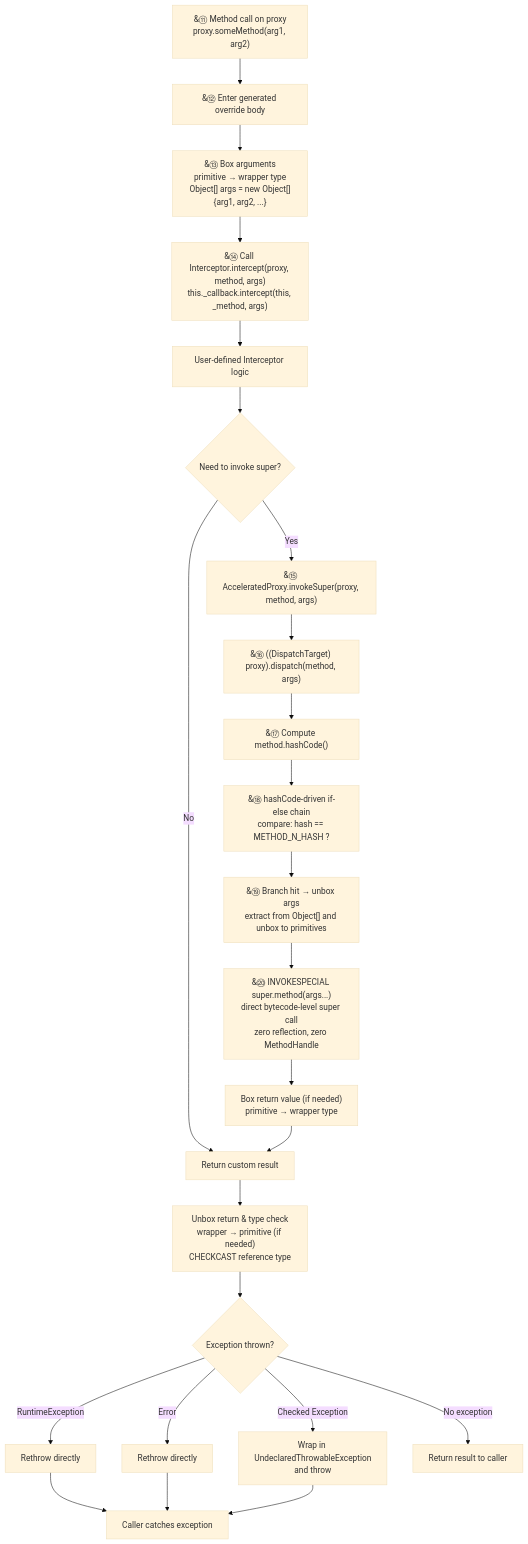
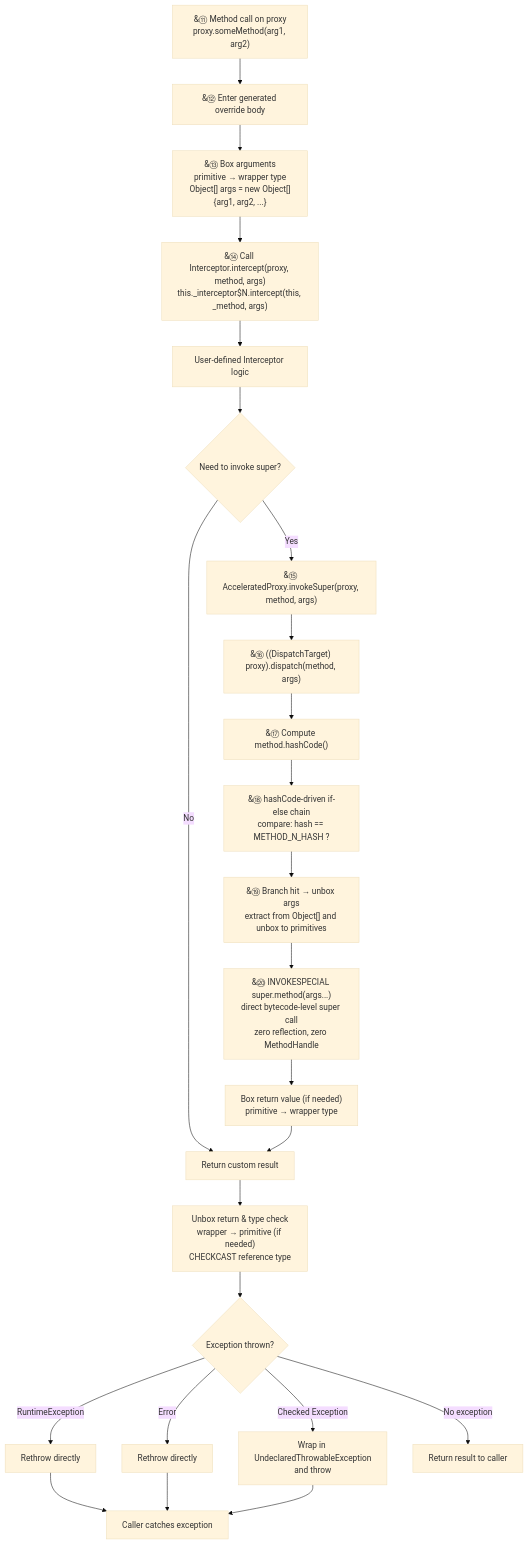
One commit to LamSpace/aps changed the second of 2 diagrams in README.md. Above: the diagram before and after it, drawn with Mermaid (base theme). The commit also changed other lines of this file and 3 other files, not shown here.

````diff
--- a/README.md
+++ b/README.md
@@ -144,27 +177,27 @@
 ```mermaid
 flowchart TD
     A["&#9322; Method call on proxy<br/>proxy.someMethod(arg1, arg2)"]
     A --> B["&#9323; Enter generated override body"]
     B --> C["&#9324; Box arguments<br/>primitive &rarr; wrapper type<br/>Object[] args = new Object[]{arg1, arg2, ...}"]
-    C --> D["&#9325; Call Interceptor.intercept(proxy, method, args)<br/>this._callback.intercept(this, _method, args)"]
+    C --> D["&#9325; Call Interceptor.intercept(proxy, method, args)<br/>this._interceptor$N.intercept(this, _method, args)"]
     D --> E["User-defined Interceptor logic"]
     E --> F{"Need to invoke super?"}
     F -->|" Yes "| G["&#9326; AcceleratedProxy.invokeSuper(proxy, method, args)"]
     F -->|" No "| H["Return custom result"]
     G --> I["&#9327; ((DispatchTarget) proxy).dispatch(method, args)"]
     I --> J["&#9328; Compute method.hashCode()"]
     J --> K["&#9329; hashCode-driven if-else chain<br/>compare: hash == METHOD_N_HASH ?"]
     K --> L["&#9330; Branch hit &rarr; unbox args<br/>extract from Object[] and unbox to primitives"]
     L --> M["&#9331; INVOKESPECIAL super.method(args...)<br/>direct bytecode-level super call<br/>zero reflection, zero MethodHandle"]
     M --> N["Box return value (if needed)<br/>primitive &rarr; wrapper type"]
     N --> H
     H --> O["Unbox return & type check<br/>wrapper &rarr; primitive (if needed)<br/>CHECKCAST reference type"]
     O --> P{"Exception thrown?"}
     P -->|" RuntimeException "| Q["Rethrow directly"]
     P -->|" Error "| R["Rethrow directly"]
     P -->|" Checked Exception "| S["Wrap in UndeclaredThrowableException<br/>and throw"]
     P -->|" No exception "| T["Return result to caller"]
     Q --> U["Caller catches exception"]
     R --> U
     S --> U
 ```
````
